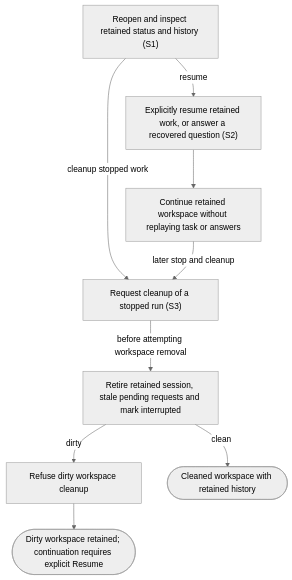
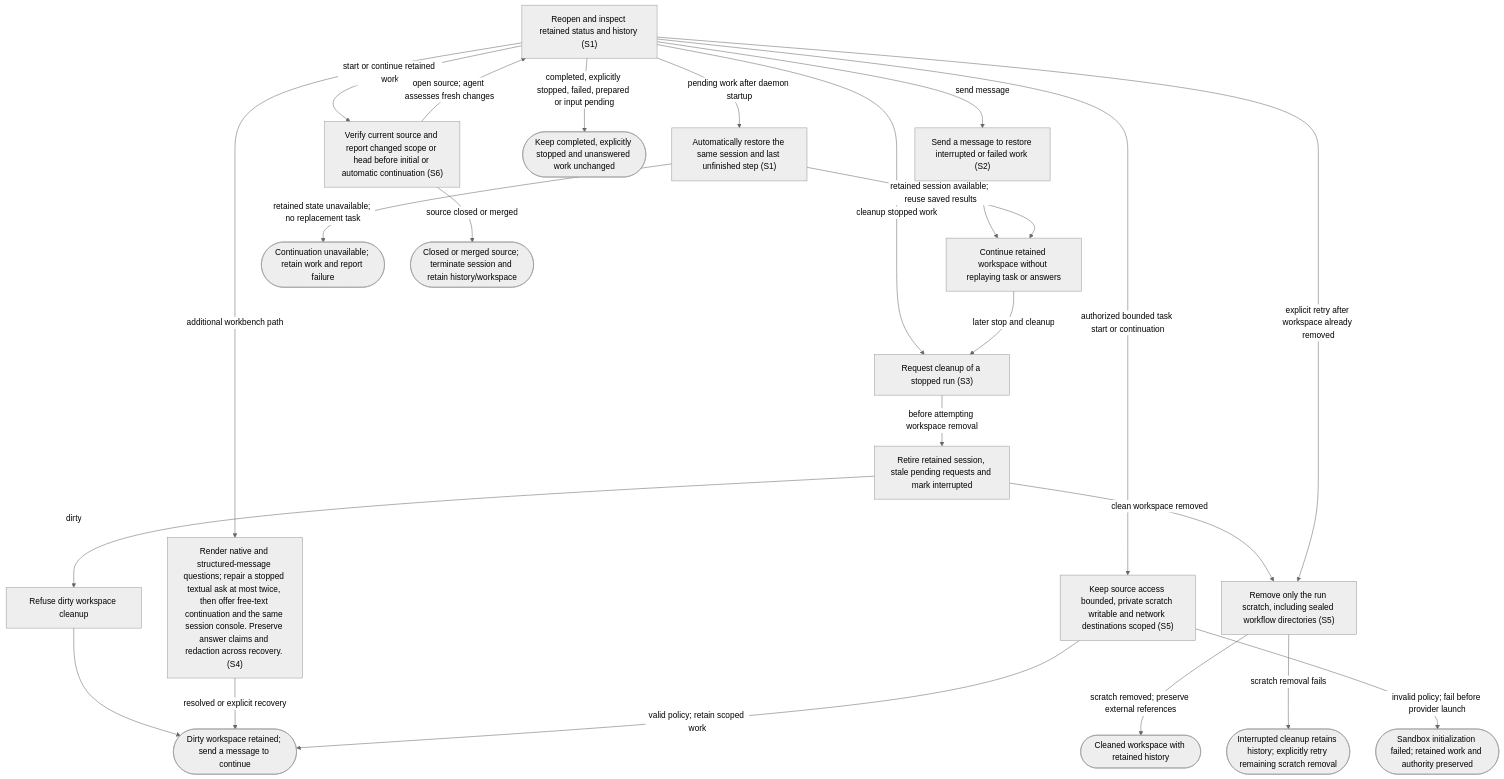
One commit to dk-code-factory/code-factory-plugin changed the diagram in docs/user-flows/recover-cleanup.md. Above: the diagram before and after it, drawn with Mermaid (neutral theme). The commit also changed other lines of this file and 165 other files, not shown here.

First line of the commit message:
Bring current development into the public PR workflow

````diff
--- a/docs/user-flows/recover-cleanup.md
+++ b/docs/user-flows/recover-cleanup.md
@@ -50,19 +58,44 @@
 ```mermaid
 flowchart TD
     N0["Reopen and inspect retained status and history #40;S1#41;"]
-    N1["Explicitly resume retained work, or answer a recovered question #40;S2#41;"]
+    N1["Send a message to restore interrupted or failed work #40;S2#41;"]
     N2["Continue retained workspace without replaying task or answers"]
     N3["Request cleanup of a stopped run #40;S3#41;"]
     N4["Refuse dirty workspace cleanup"]
-    N5(["Dirty workspace retained#59; continuation requires explicit Resume"])
+    N5(["Dirty workspace retained#59; send a message to continue"])
     N6(["Cleaned workspace with retained history"])
     N7["Retire retained session, stale pending requests and mark interrupted"]
-    N0 -->|"resume"| N1
+    N8["Render native and structured-message questions#59; repair a stopped textual ask at most twice, then offer free-text continuation and the same session console. Preserve answer claims and redaction across recovery. #40;S4#41;"]
+    N9["Keep source access bounded, private scratch writable and network destinations scoped #40;S5#41;"]
+    N10(["Sandbox initialization failed#59; retained work and authority preserved"])
+    N11["Remove only the run scratch, including sealed workflow directories #40;S5#41;"]
+    N12(["Interrupted cleanup retains history#59; explicitly retry remaining scratch removal"])
+    N13["Automatically restore the same session and last unfinished step #40;S1#41;"]
+    N14(["Keep completed, explicitly stopped and unanswered work unchanged"])
+    N15(["Continuation unavailable#59; retain work and report failure"])
+    N16["Verify current source and report changed scope or head before initial or automatic continuation #40;S6#41;"]
+    N17(["Closed or merged source#59; terminate session and retain history/workspace"])
+    N0 -->|"send message"| N1
     N1 --> N2
     N0 -->|"cleanup stopped work"| N3
     N2 -->|"later stop and cleanup"| N3
     N7 -->|"dirty"| N4
     N4 --> N5
-    N7 -->|"clean"| N6
     N3 -->|"before attempting workspace removal"| N7
+    N0 -->|"additional workbench path"| N8
+    N8 -->|"resolved or explicit recovery"| N5
+    N0 -->|"authorized bounded task start or continuation"| N9
+    N9 -->|"valid policy#59; retain scoped work"| N5
+    N9 -->|"invalid policy#59; fail before provider launch"| N10
+    N7 -->|"clean workspace removed"| N11
+    N11 -->|"scratch removed#59; preserve external references"| N6
+    N11 -->|"scratch removal fails"| N12
+    N0 -->|"explicit retry after workspace already removed"| N11
+    N0 -->|"pending work after daemon startup"| N13
+    N13 -->|"retained session available#59; reuse saved results"| N2
+    N13 -->|"retained state unavailable#59; no replacement task"| N15
+    N0 -->|"completed, explicitly stopped, failed, prepared or input pending"| N14
+    N0 -->|"start or continue retained work"| N16
+    N16 -->|"source closed or merged"| N17
+    N16 -->|"open source#59; agent assesses fresh changes"| N0
 ```
````
